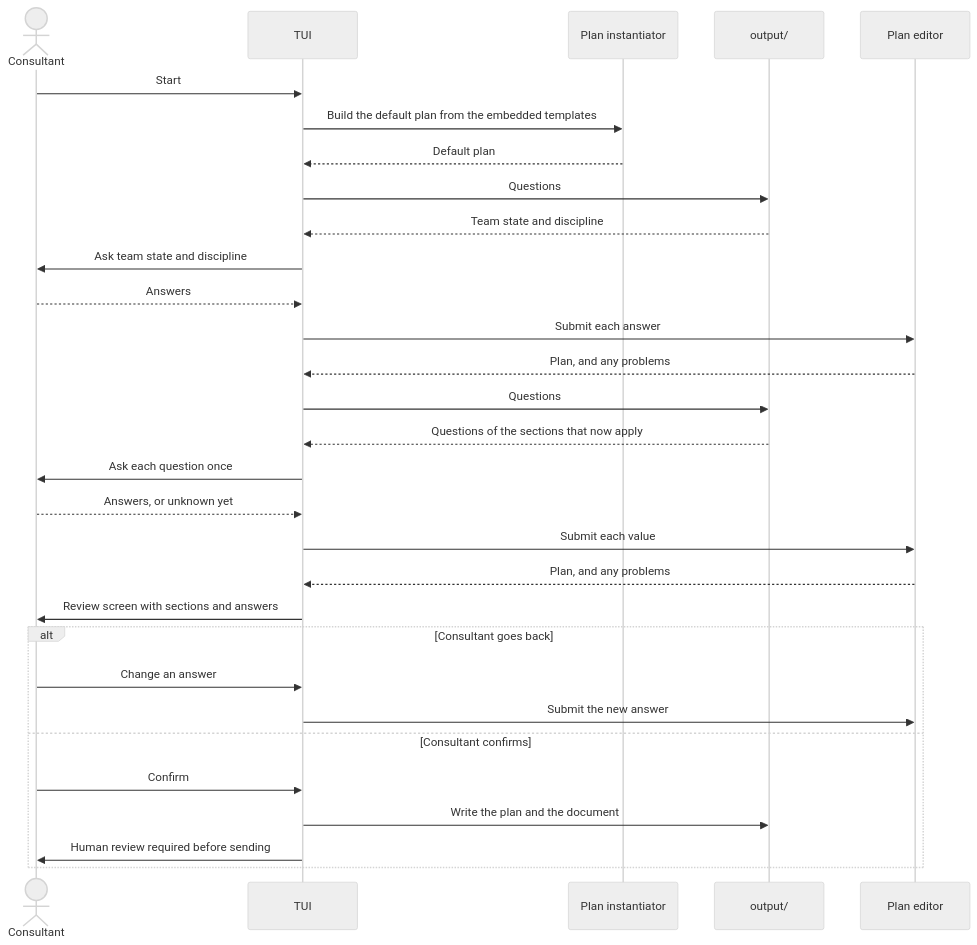
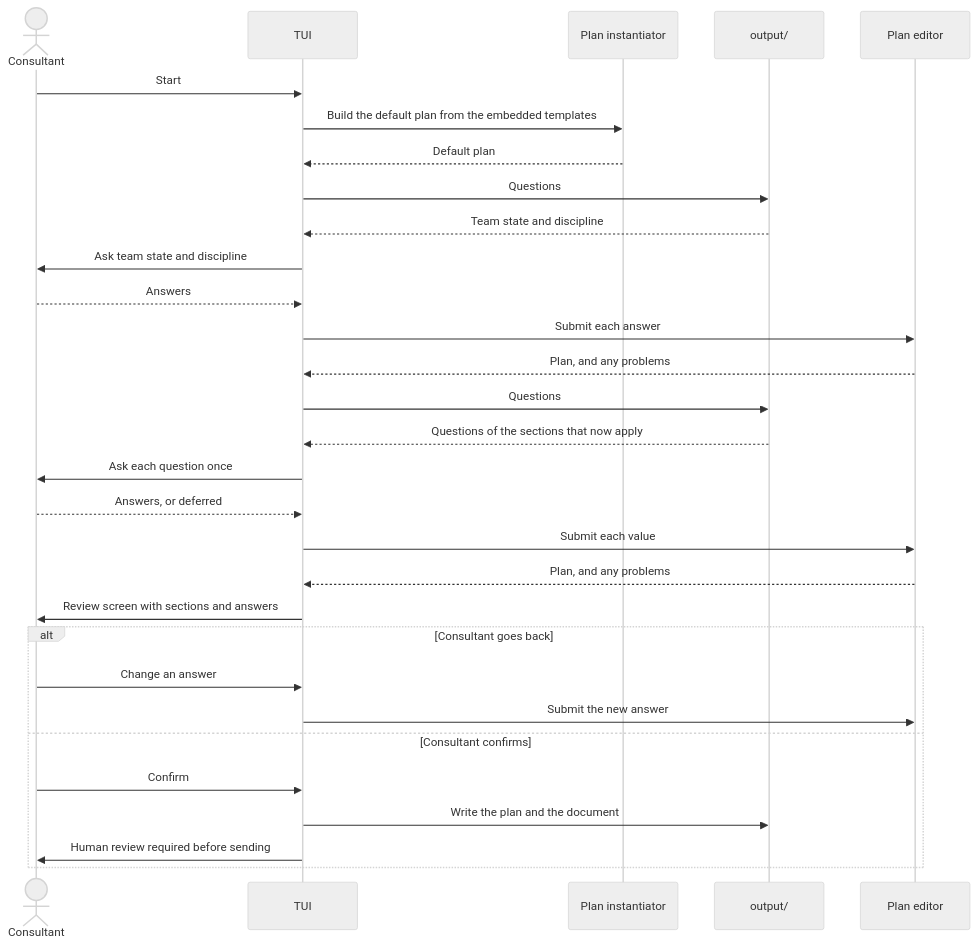
Before and after one commit to 8thlight-daveloper/onboard-kit: the first of 2 diagrams in docs/architecture/walkthrough-sequence.md, drawn with Mermaid (neutral theme). The commit also changed 48 other files, not shown here.

````diff
--- a/docs/architecture/walkthrough-sequence.md
+++ b/docs/architecture/walkthrough-sequence.md
@@ -9,34 +9,34 @@
 ```mermaid
 sequenceDiagram
     actor C as Consultant
     participant T as TUI
     participant I as Plan instantiator
     participant F as Question finder
     participant E as Plan editor
     participant F as output/
 
     C->>T: Start
     T->>I: Build the default plan from the embedded templates
     I-->>T: Default plan
     T->>F: Questions
     F-->>T: Team state and discipline
     T->>C: Ask team state and discipline
     C-->>T: Answers
     T->>E: Submit each answer
     E-->>T: Plan, and any problems
     T->>F: Questions
     F-->>T: Questions of the sections that now apply
     T->>C: Ask each question once
-    C-->>T: Answers, or unknown yet
+    C-->>T: Answers, or deferred
     T->>E: Submit each value
     E-->>T: Plan, and any problems
     T->>C: Review screen with sections and answers
     alt Consultant goes back
         C->>T: Change an answer
         T->>E: Submit the new answer
     else Consultant confirms
         C->>T: Confirm
         T->>F: Write the plan and the document
         T->>C: Human review required before sending
     end
 ```
````
